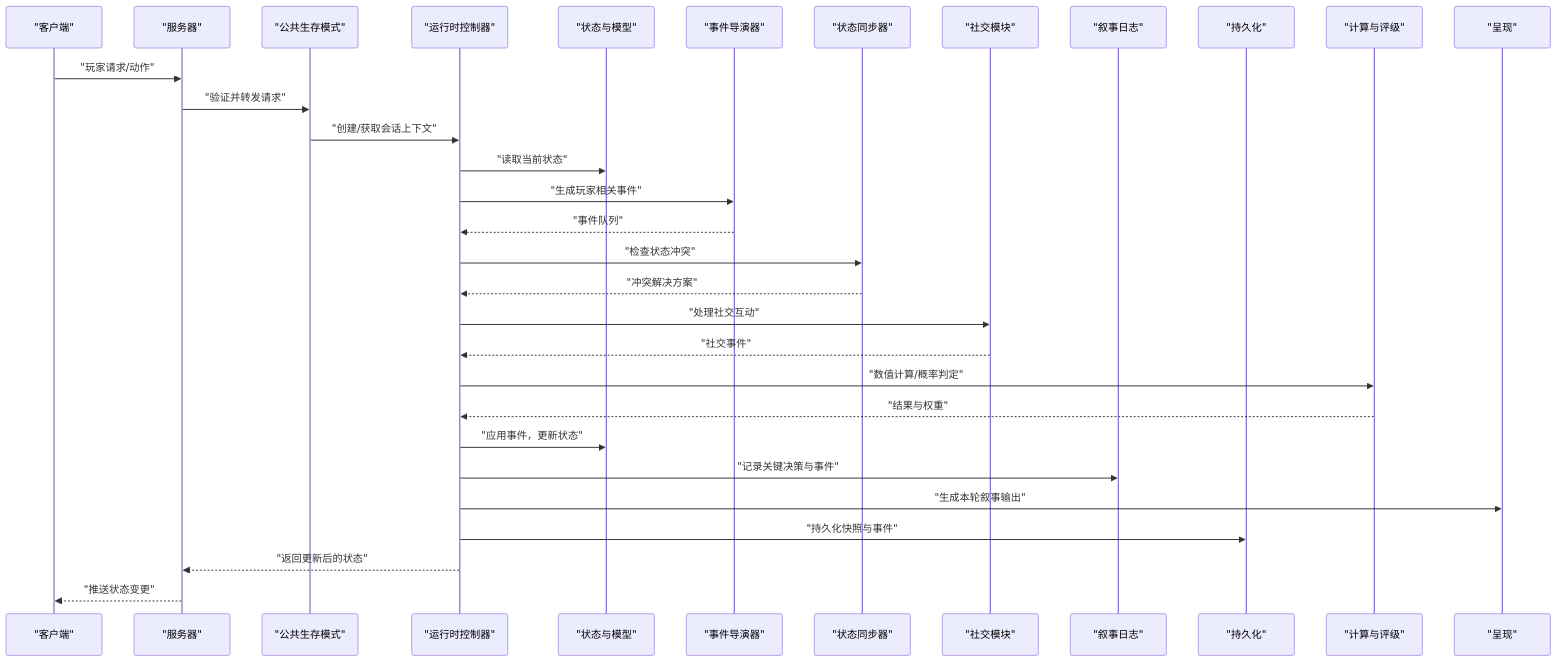
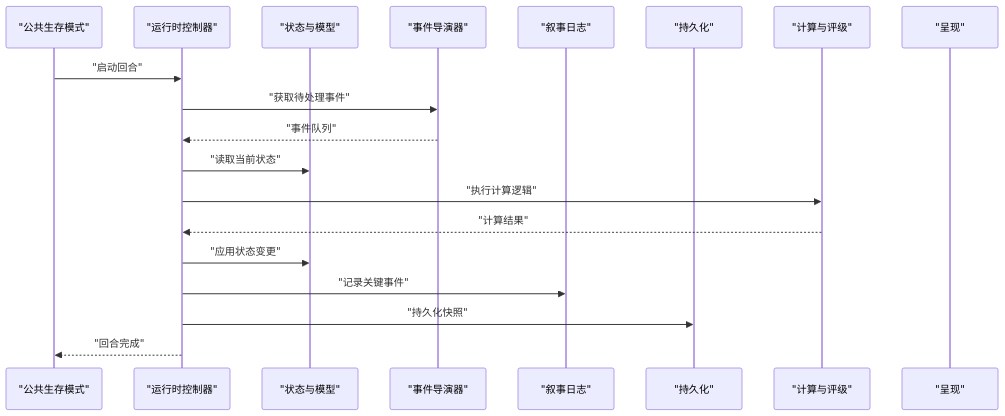
One commit to Ivandanslespace/thegreatnovel changed the second of 9 diagrams in .qoder/repowiki/zh/content/运行时系统/公共生存模式.md. Above: the diagram before and after it, drawn with Mermaid. The commit also changed other lines of this file and 100 other files, not shown here.

````diff
--- a/.qoder/repowiki/zh/content/运行时系统/公共生存模式.md
+++ b/.qoder/repowiki/zh/content/运行时系统/公共生存模式.md
@@ -170,33 +156,21 @@
 ```mermaid
 sequenceDiagram
-participant Client as "客户端"
-participant Server as "服务器"
 participant Mode as "公共生存模式"
 participant Runtime as "运行时控制器"
 participant State as "状态与模型"
 participant EventDir as "事件导演器"
-participant Sync as "状态同步器"
-participant Social as "社交模块"
 participant Log as "叙事日志"
 participant Persist as "持久化"
 participant Calc as "计算与评级"
 participant Present as "呈现"
-Client->>Server : "玩家请求/动作"
-Server->>Mode : "验证并转发请求"
-Mode->>Runtime : "创建/获取会话上下文"
+Mode->>Runtime : "启动回合"
+Runtime->>EventDir : "获取待处理事件"
+EventDir-->>Runtime : "事件队列"
 Runtime->>State : "读取当前状态"
-Runtime->>EventDir : "生成玩家相关事件"
-EventDir-->>Runtime : "事件队列"
-Runtime->>Sync : "检查状态冲突"
-Sync-->>Runtime : "冲突解决方案"
-Runtime->>Social : "处理社交互动"
-Social-->>Runtime : "社交事件"
-Runtime->>Calc : "数值计算/概率判定"
-Calc-->>Runtime : "结果与权重"
-Runtime->>State : "应用事件，更新状态"
-Runtime->>Log : "记录关键决策与事件"
-Runtime->>Present : "生成本轮叙事输出"
-Runtime->>Persist : "持久化快照与事件"
-Runtime-->>Server : "返回更新后的状态"
-Server-->>Client : "推送状态变更"
+Runtime->>Calc : "执行计算逻辑"
+Calc-->>Runtime : "计算结果"
+Runtime->>State : "应用状态变更"
+Runtime->>Log : "记录关键事件"
+Runtime->>Persist : "持久化快照"
+Runtime-->>Mode : "回合完成"
 ```
````
